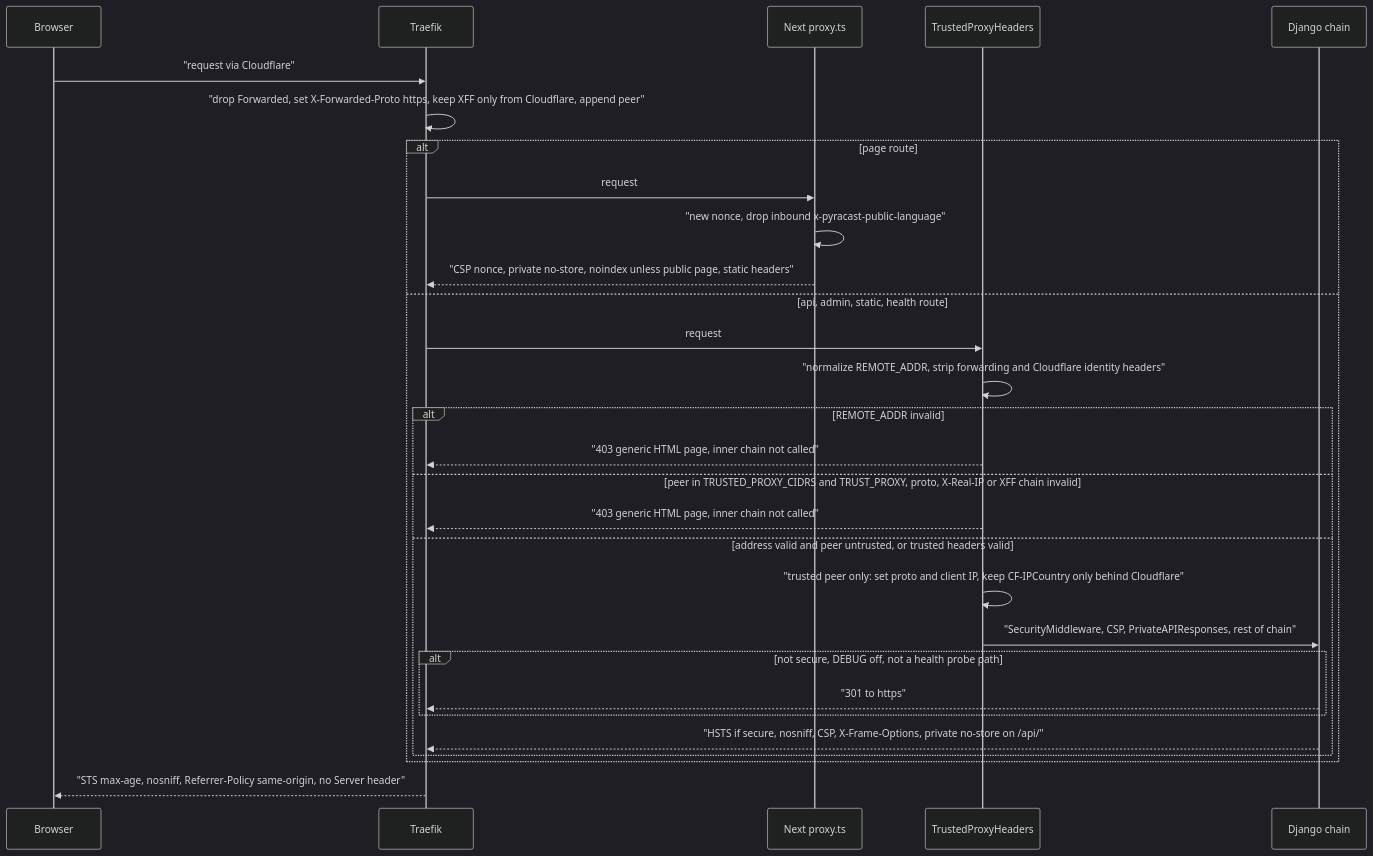
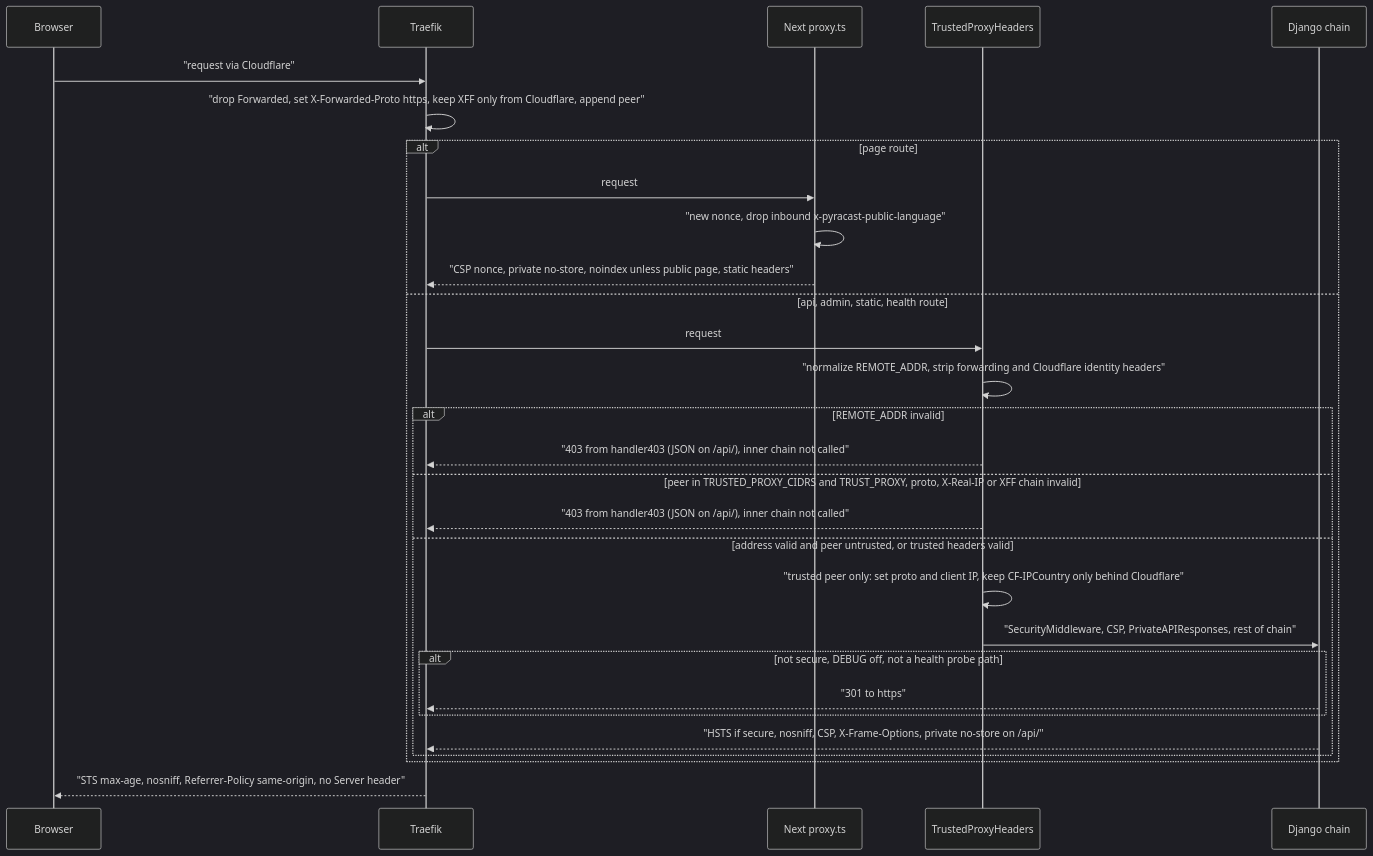
One commit to erkurtharun/pyracast changed the diagram in docs/flows/security-headers-and-proxy-trust.md. Above: the diagram before and after it, drawn with Mermaid (dark theme). The commit also changed other lines of this file and 53 other files, not shown here.

````diff
--- a/docs/flows/security-headers-and-proxy-trust.md
+++ b/docs/flows/security-headers-and-proxy-trust.md
@@ -16,31 +16,31 @@
 ```mermaid
 sequenceDiagram
     participant B as Browser
     participant G as Traefik
     participant N as Next proxy.ts
     participant M as TrustedProxyHeaders
     participant D as Django chain
     B->>G: "request via Cloudflare"
     G->>G: "drop Forwarded, set X-Forwarded-Proto https, keep XFF only from Cloudflare, append peer"
     alt page route
         G->>N: request
         N->>N: "new nonce, drop inbound x-pyracast-public-language"
         N-->>G: "CSP nonce, private no-store, noindex unless public page, static headers"
     else api, admin, static, health route
         G->>M: request
         M->>M: "normalize REMOTE_ADDR, strip forwarding and Cloudflare identity headers"
         alt REMOTE_ADDR invalid
-            M-->>G: "403 generic HTML page, inner chain not called"
+            M-->>G: "403 from handler403 (JSON on /api/), inner chain not called"
         else peer in TRUSTED_PROXY_CIDRS and TRUST_PROXY, proto, X-Real-IP or XFF chain invalid
-            M-->>G: "403 generic HTML page, inner chain not called"
+            M-->>G: "403 from handler403 (JSON on /api/), inner chain not called"
         else address valid and peer untrusted, or trusted headers valid
             M->>M: "trusted peer only: set proto and client IP, keep CF-IPCountry only behind Cloudflare"
             M->>D: "SecurityMiddleware, CSP, PrivateAPIResponses, rest of chain"
             alt not secure, DEBUG off, not a health probe path
                 D-->>G: "301 to https"
             end
             D-->>G: "HSTS if secure, nosniff, CSP, X-Frame-Options, private no-store on /api/"
         end
     end
     G-->>B: "STS max-age, nosniff, Referrer-Policy same-origin, no Server header"
 ```
````
